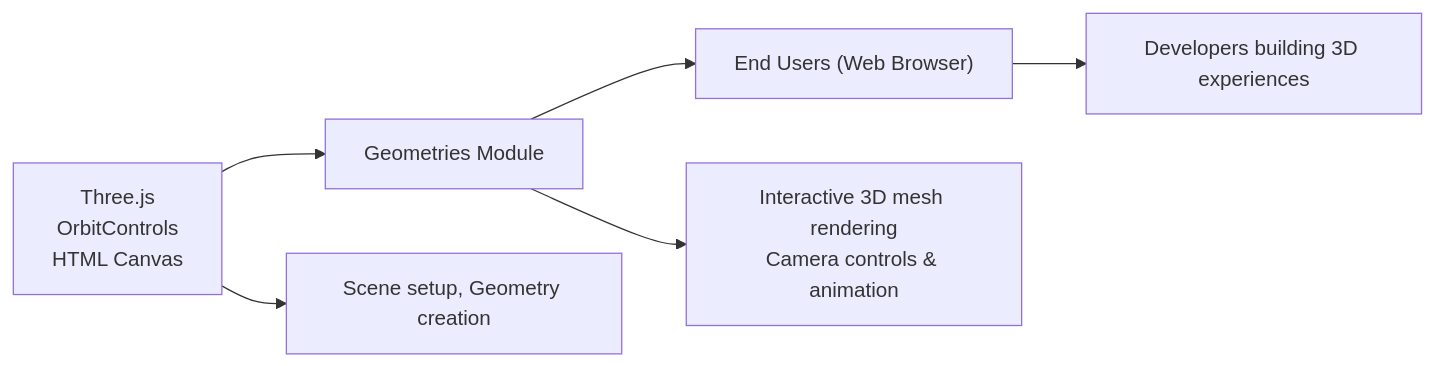
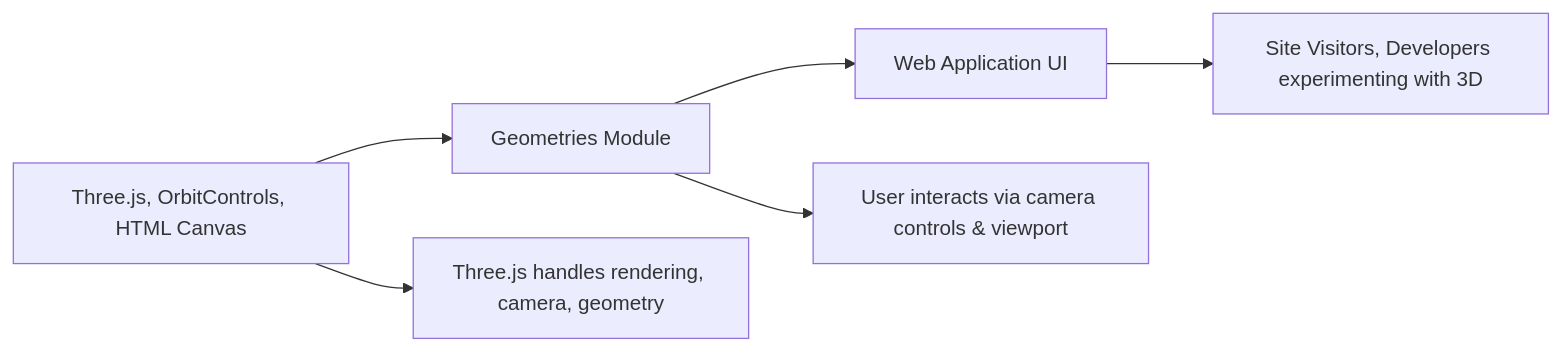
The diagram in .shelfya/guide/geometries.md (NicoooM/three-js-test), drawn with Mermaid before and after one commit. The commit also changed other lines of this file and 15 other files, not shown here.

````diff
--- a/.shelfya/guide/geometries.md
+++ b/.shelfya/guide/geometries.md
@@ -87,8 +83,7 @@
 ```mermaid
 flowchart LR
-  dependencies["Three.js<br/>OrbitControls<br/>HTML Canvas"] --> thisModule["Geometries Module"]
-  thisModule --> usedBy["End Users (Web Browser)"]
-  dependencies --> details["Scene setup, Geometry creation"]
-  thisModule --> process["Interactive 3D mesh rendering<br/>Camera controls & animation"]
-  usedBy --> consumers["Developers building 3D experiences"]
+  dependencies["Three.js, OrbitControls, HTML Canvas"] --> thisModule["Geometries Module"] --> usedBy["Web Application UI"]
+  dependencies --> details["Three.js handles rendering, camera, geometry"]
+  thisModule --> process["User interacts via camera controls & viewport"]
+  usedBy --> consumers["Site Visitors, Developers experimenting with 3D"]
 ```
````
